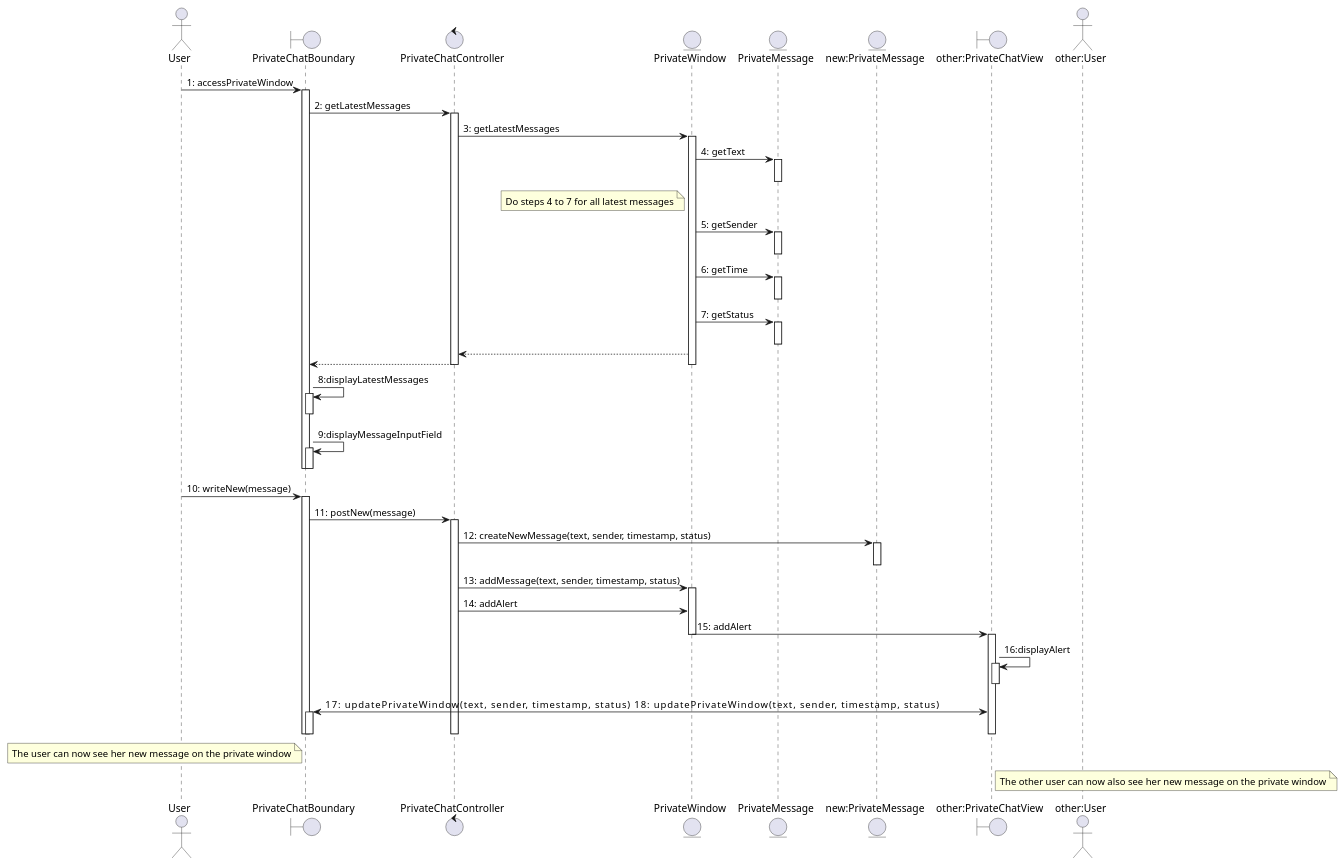
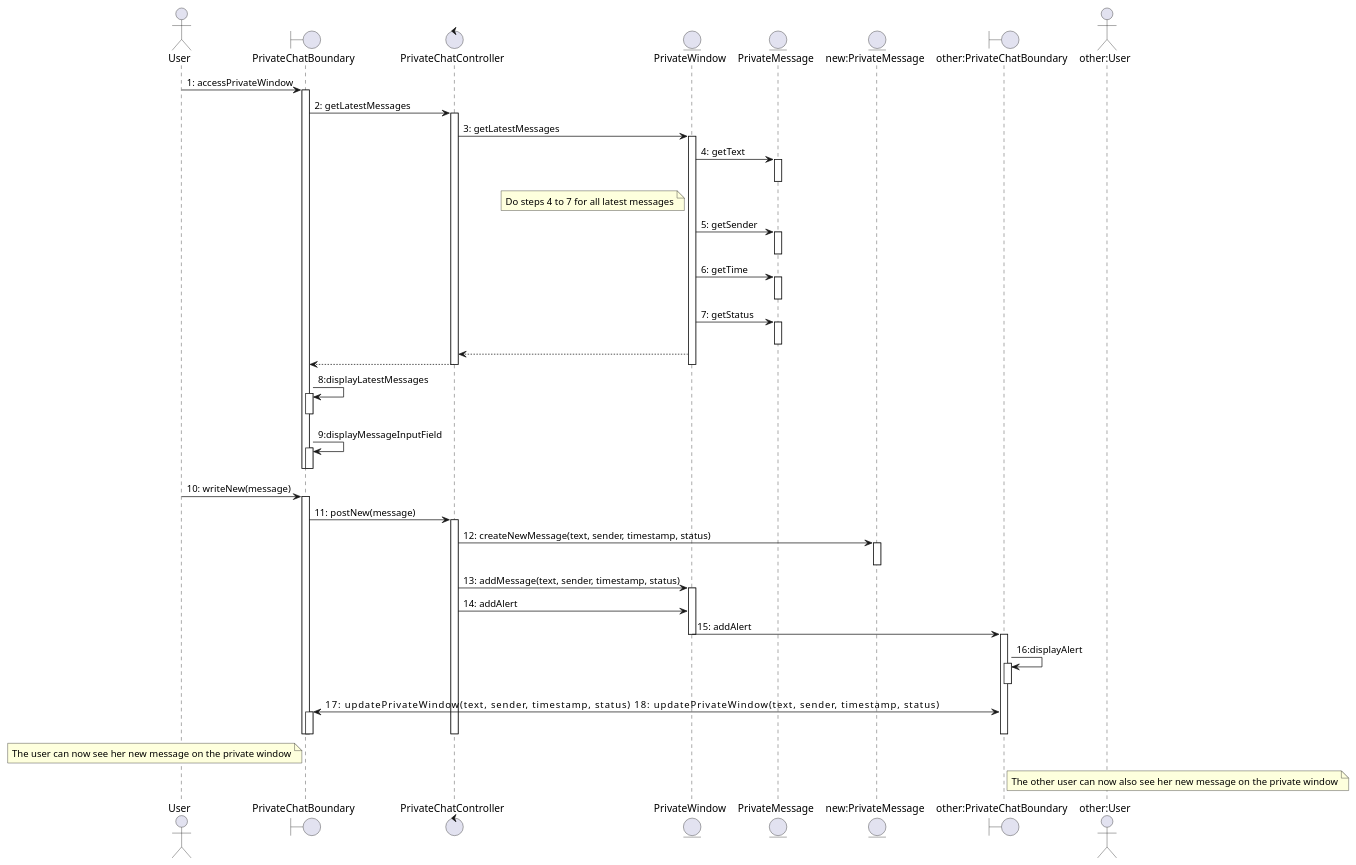
The diagram in docs/ooa/chat-privately/sequence.puml (Lorilandly/ESN), drawn with PlantUML before and after one commit.

Commit message:
Update sequence diagram for chat privately use case

```diff
--- a/docs/ooa/chat-privately/sequence.puml
+++ b/docs/ooa/chat-privately/sequence.puml
@@ -1,71 +1,71 @@
 @startuml
 actor User as u
 boundary PrivateChatBoundary as pcv
 control PrivateChatController as pcc
 entity PrivateWindow as pw
 entity PrivateMessage as pm
 entity "new:PrivateMessage" as npm
-boundary "other:PrivateChatView" as opvc
+boundary "other:PrivateChatBoundary" as opvc
 actor "other:User" as ou
 u -> pcv: 1: accessPrivateWindow
 activate pcv
 pcv -> pcc: 2: getLatestMessages
 activate pcc
 pcc -> pw: 3: getLatestMessages
 activate pw
 pw -> pm: 4: getText
 note left of pw
  Do steps 4 to 7 for all latest messages
 end note
 activate pm
 deactivate pm
 pw -> pm: 5: getSender
 activate pm
 deactivate pm
 pw -> pm: 6: getTime
 activate pm
 deactivate pm
 pw -> pm: 7: getStatus
 activate pm
 deactivate pm
 pw --> pcc
 pcc --> pcv
 deactivate pcc
 deactivate pw
 pcv -> pcv: 8:displayLatestMessages
 activate pcv
 deactivate pcv
 pcv -> pcv: 9:displayMessageInputField
 activate pcv
 deactivate pcv
 deactivate pcv
 u -> pcv: 10: writeNew(message)
 activate pcv
 pcv -> pcc: 11: postNew(message)
 activate pcc
 pcc -> npm: 12: createNewMessage(text, sender, timestamp, status)
 activate npm
 deactivate npm
 pcc -> pw: 13: addMessage(text, sender, timestamp, status)
 activate pw
 pcc -> pw: 14: addAlert
 pw -> opvc: 15: addAlert
 deactivate pw
 activate opvc
 opvc -> opvc: 16:displayAlert
 activate opvc
 deactivate opvc
 pcv <-> opvc: 17: updatePrivateWindow(text, sender, timestamp, status)                                       18: updatePrivateWindow(text, sender, timestamp, status)
 note left of pcv
  The user can now see her new message on the private window
 end note
 note right of opvc
  The other user can now also see her new message on the private window
 end note
 activate pcv
 deactivate pcv
 deactivate pcc
 deactivate opvc
 deactivate pcv
 
 @enduml
```
